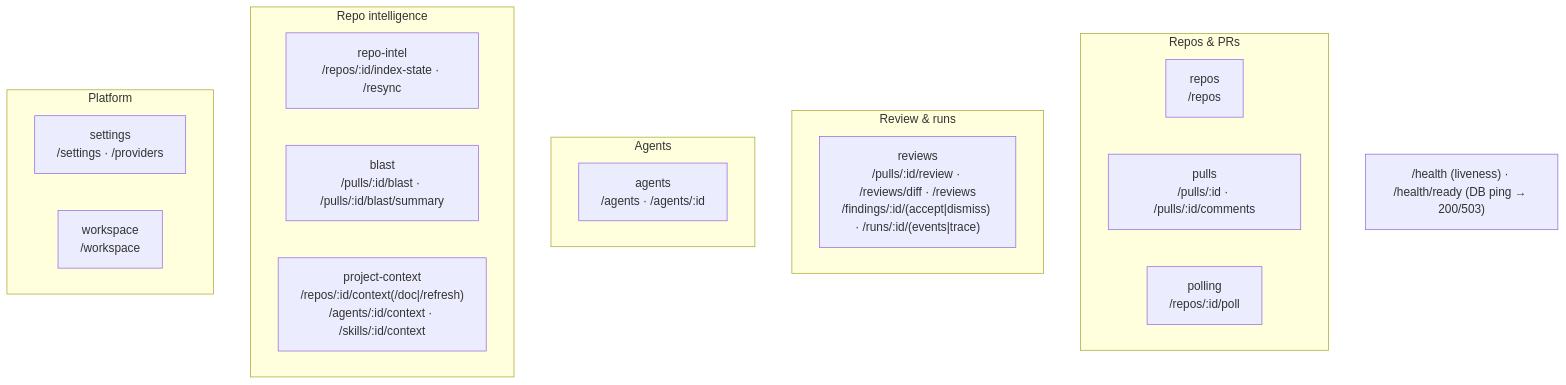
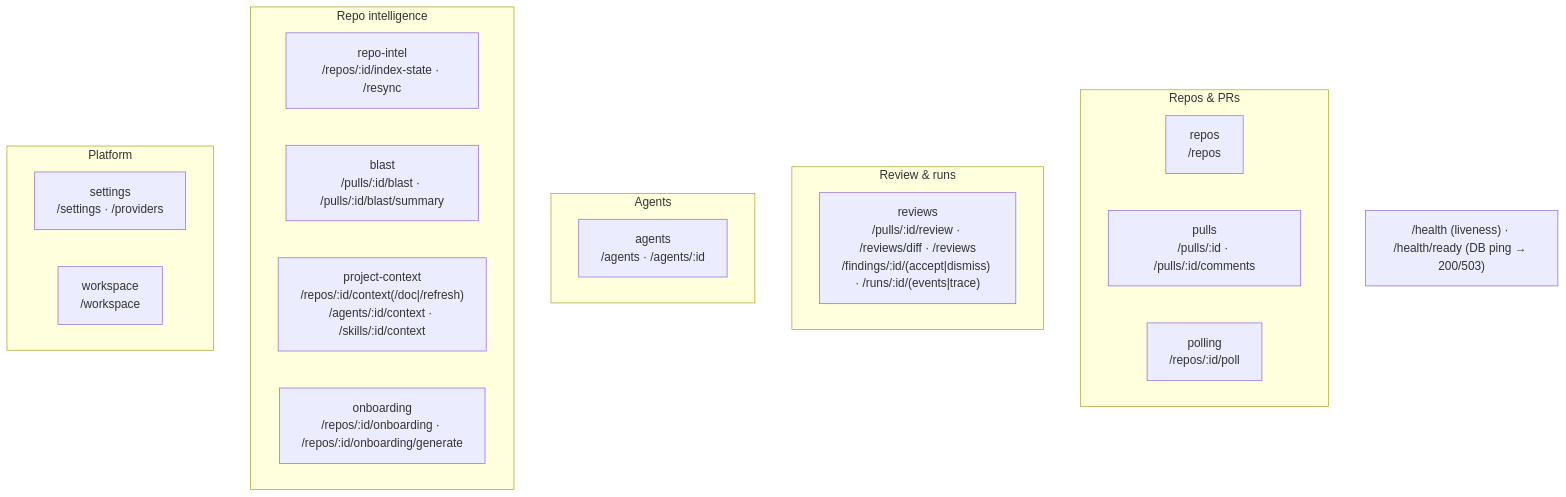
One commit to mcmaxwell/dev-digest changed the second of 2 diagrams in server/README.md. Above: the diagram before and after it, drawn with Mermaid. The commit also changed other lines of this file and 66 other files, not shown here.

````diff
--- a/server/README.md
+++ b/server/README.md
@@ -64,24 +64,25 @@
 ```mermaid
 flowchart TB
   subgraph Repos_PRs["Repos & PRs"]
     repos["repos<br/>/repos"]
     pulls["pulls<br/>/pulls/:id · /pulls/:id/comments"]
     polling["polling<br/>/repos/:id/poll"]
   end
   subgraph Review["Review & runs"]
     reviews["reviews<br/>/pulls/:id/review · /reviews/diff · /reviews<br/>/findings/:id/(accept|dismiss) · /runs/:id/(events|trace)"]
   end
   subgraph Agents["Agents"]
     agents["agents<br/>/agents · /agents/:id"]
   end
   subgraph Intel["Repo intelligence"]
     repoIntel["repo-intel<br/>/repos/:id/index-state · /resync"]
     blast["blast<br/>/pulls/:id/blast · /pulls/:id/blast/summary"]
     projectContext["project-context<br/>/repos/:id/context(/doc|/refresh)<br/>/agents/:id/context · /skills/:id/context"]
+    onboarding["onboarding<br/>/repos/:id/onboarding · /repos/:id/onboarding/generate"]
   end
   subgraph Platform["Platform"]
     settings["settings<br/>/settings · /providers"]
     workspace["workspace<br/>/workspace"]
   end
   HEALTH["/health (liveness) · /health/ready (DB ping → 200/503)"]
 ```
````
